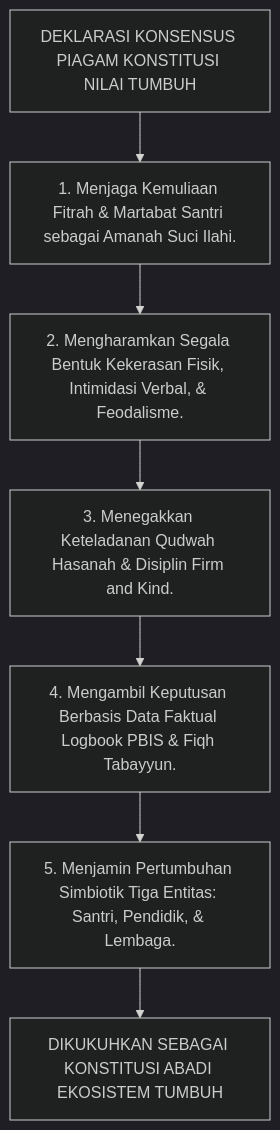
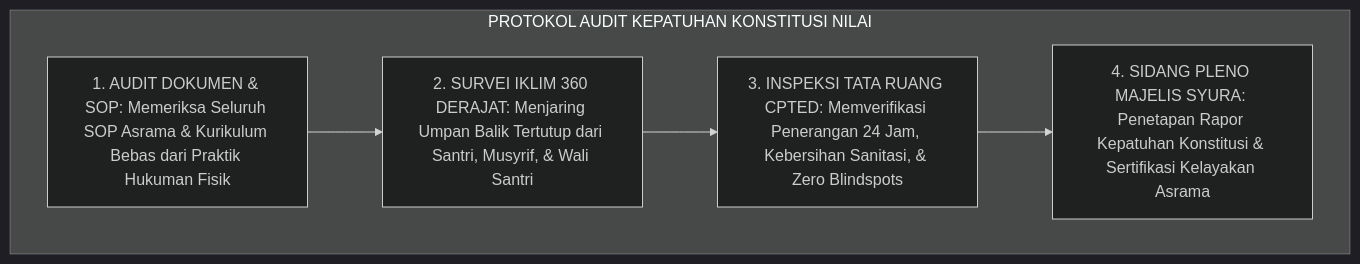
The fourth of 4 diagrams in 02 Principles/01 Core Principles/P2-01-07-Sintesis-Core-Principles-TUMBUH.md (wandiapriliyandi/tumbuh), drawn with Mermaid (dark theme) before and after one commit. The commit also changed other lines of this file and 7 other files, not shown here.

````diff
--- a/02 Principles/01 Core Principles/P2-01-07-Sintesis-Core-Principles-TUMBUH.md
+++ b/02 Principles/01 Core Principles/P2-01-07-Sintesis-Core-Principles-TUMBUH.md
@@ -318,10 +178,9 @@
 ```mermaid
 flowchart TD
-    Deklarasi["DEKLARASI KONSENSUS PIAGAM KONSTITUSI NILAI TUMBUH"]
-    --> Komitmen1["1. Menjaga Kemuliaan Fitrah & Martabat Santri sebagai Amanah Suci Ilahi."]
-    --> Komitmen2["2. Mengharamkan Segala Bentuk Kekerasan Fisik, Intimidasi Verbal, & Feodalisme."]
-    --> Komitmen3["3. Menegakkan Keteladanan Qudwah Hasanah & Disiplin Firm and Kind."]
-    --> Komitmen4["4. Mengambil Keputusan Berbasis Data Faktual Logbook PBIS & Fiqh Tabayyun."]
-    --> Komitmen5["5. Menjamin Pertumbuhan Simbiotik Tiga Entitas: Santri, Pendidik, & Lembaga."]
-    --> Sah["DIKUKUHKAN SEBAGAI KONSTITUSI ABADI EKOSISTEM TUMBUH"]
+    subgraph ProtokolAuditMutuTahunan["PROTOKOL AUDIT KEPATUHAN KONSTITUSI NILAI"]
+        AuditDokumen["1. AUDIT DOKUMEN & SOP: Memeriksa Seluruh SOP Asrama & Kurikulum Bebas dari Praktik Hukuman Fisik"]
+        --> SurveyIklim["2. SURVEI IKLIM 360 DERAJAT: Menjaring Umpan Balik Tertutup dari Santri, Musyrif, & Wali Santri"]
+        --> InspeksiFasilitas["3. INSPEKSI TATA RUANG CPTED: Memverifikasi Penerangan 24 Jam, Kebersihan Sanitasi, & Zero Blindspots"]
+        --> SidangPlenoSyura["4. SIDANG PLENO MAJELIS SYURA: Penetapan Rapor Kepatuhan Konstitusi & Sertifikasi Kelayakan Asrama"]
+    end
 ```
````
